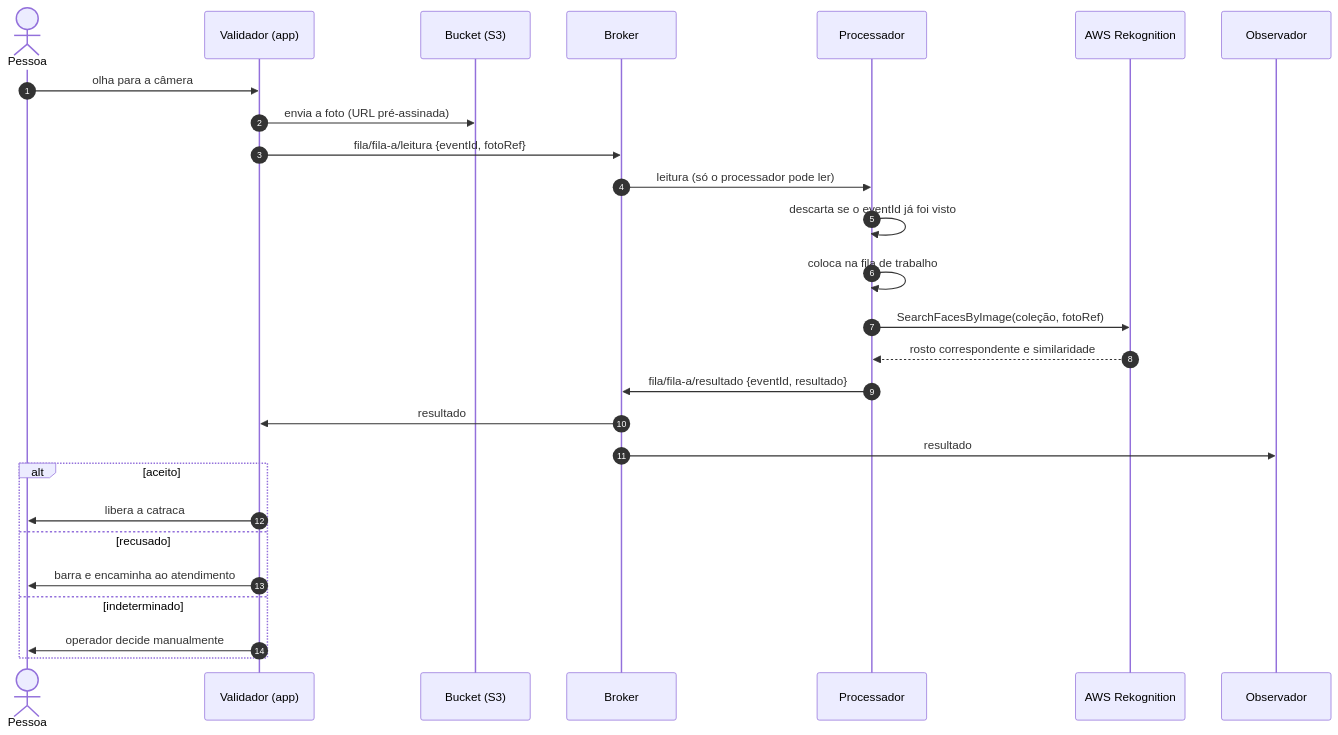
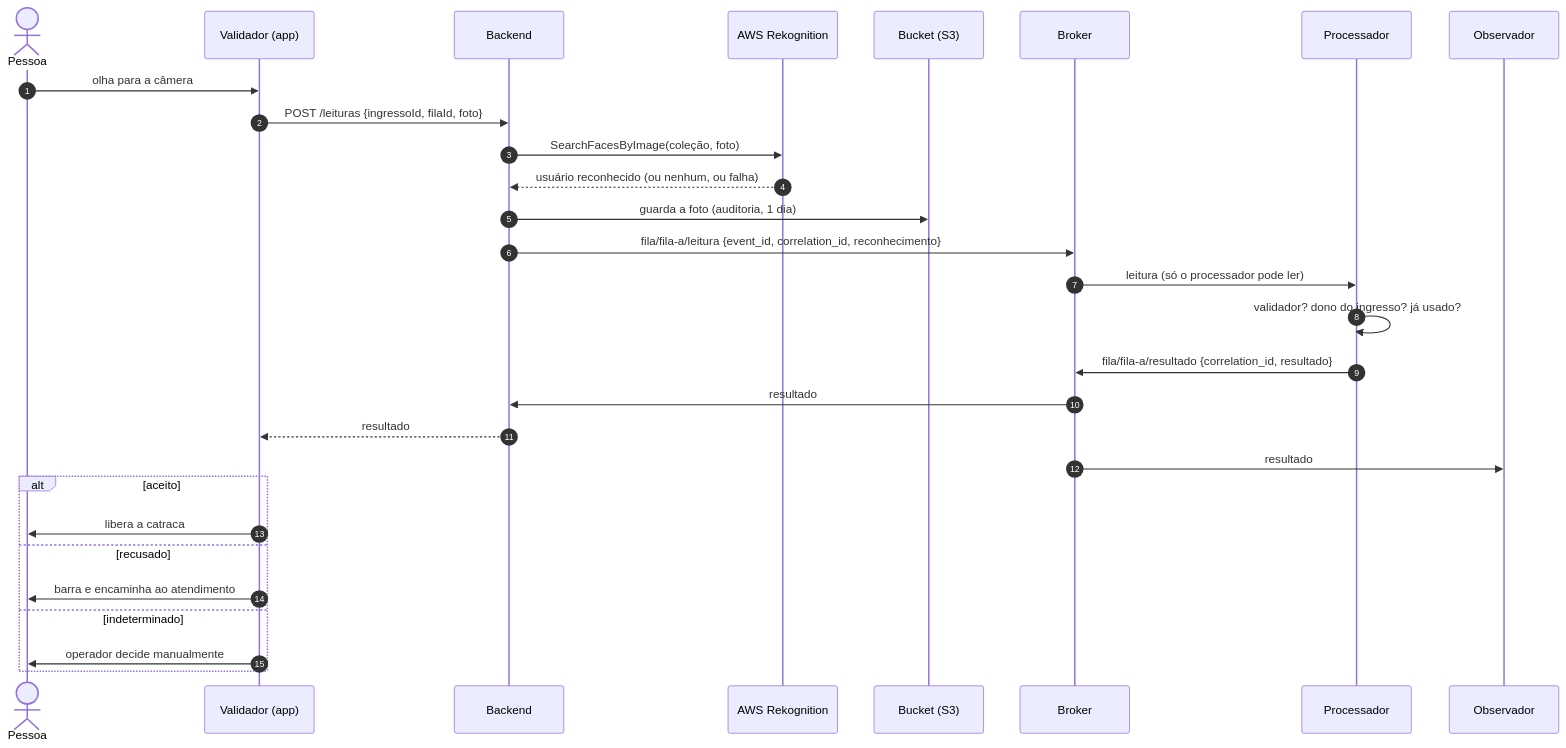
One commit to UFG-INF-SSU-2026/Leite-de-Pedra changed the fourth of 8 diagrams in docs/ARQUITETURA.md. Above: the diagram before and after it, drawn with Mermaid. The commit also changed other lines of this file and 1 other file, not shown here.

````diff
--- a/docs/ARQUITETURA.md
+++ b/docs/ARQUITETURA.md
@@ -145,30 +178,32 @@
 ```mermaid
 sequenceDiagram
     autonumber
     actor Pessoa
     participant V as Validador (app)
+    participant K as Backend
+    participant R as AWS Rekognition
     participant S3 as Bucket (S3)
     participant B as Broker
     participant C as Processador
-    participant R as AWS Rekognition
     participant O as Observador
 
     Pessoa->>V: olha para a câmera
-    V->>S3: envia a foto (URL pré-assinada)
-    V->>B: fila/fila-a/leitura {eventId, fotoRef}
+    V->>K: POST /leituras {ingressoId, filaId, foto}
+    K->>R: SearchFacesByImage(coleção, foto)
+    R-->>K: usuário reconhecido (ou nenhum, ou falha)
+    K->>S3: guarda a foto (auditoria, 1 dia)
+    K->>B: fila/fila-a/leitura {event_id, correlation_id, reconhecimento}
     B->>C: leitura (só o processador pode ler)
-    C->>C: descarta se o eventId já foi visto
-    C->>C: coloca na fila de trabalho
-    C->>R: SearchFacesByImage(coleção, fotoRef)
-    R-->>C: rosto correspondente e similaridade
-    C->>B: fila/fila-a/resultado {eventId, resultado}
-    B->>V: resultado
+    C->>C: validador? dono do ingresso? já usado?
+    C->>B: fila/fila-a/resultado {correlation_id, resultado}
+    B->>K: resultado
+    K-->>V: resultado
     B->>O: resultado
     alt aceito
         V->>Pessoa: libera a catraca
     else recusado
         V->>Pessoa: barra e encaminha ao atendimento
     else indeterminado
         V->>Pessoa: operador decide manualmente
     end
 ```
````
